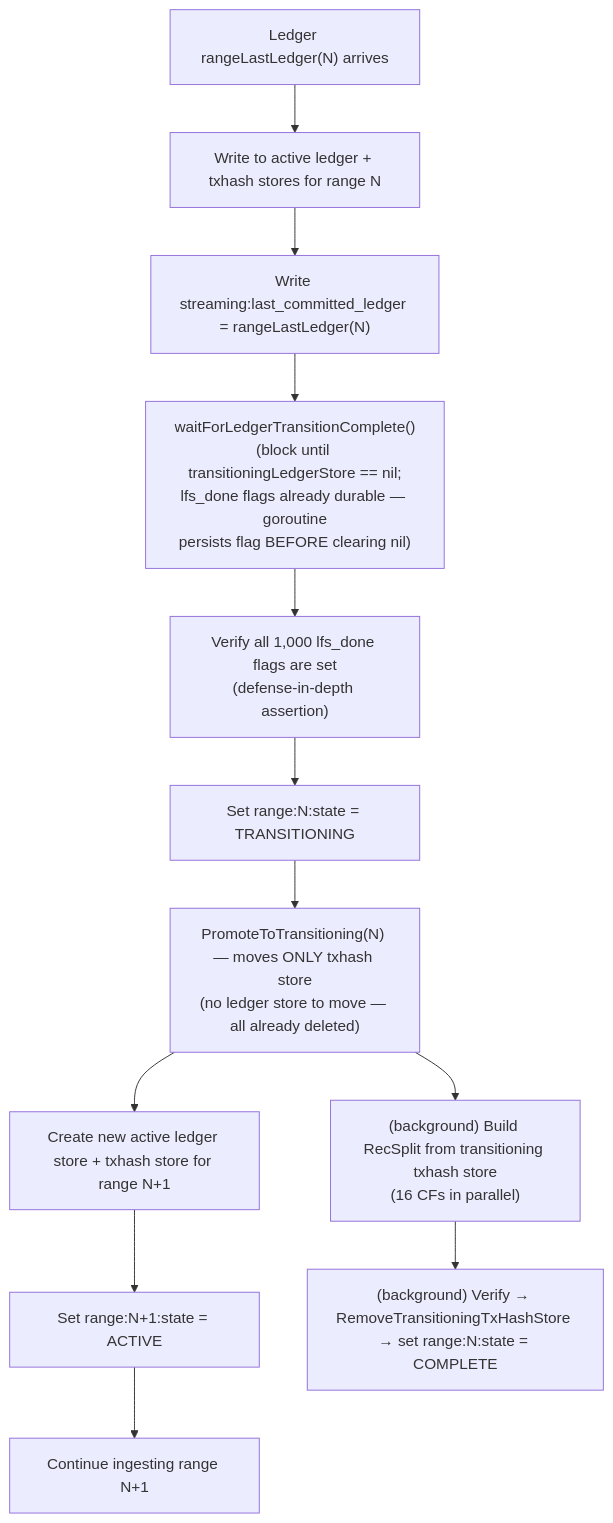
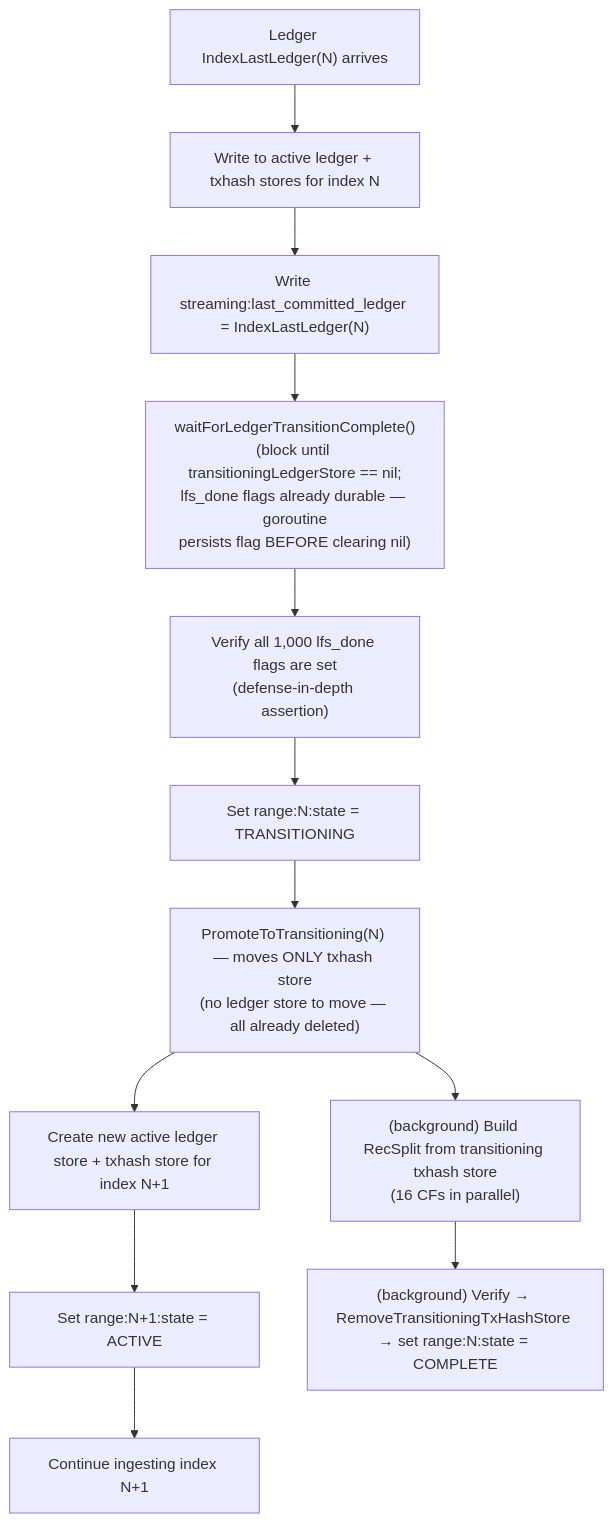
Before and after one commit to stellar/stellar-rpc: the first of 2 diagrams in full-history/design-docs/11-checkpointing-and-transitions.md, drawn with Mermaid. The commit also changed other lines of this file, not shown here.

Commit message:
docs: 11-checkpointing-and-transitions — range→index, chunks_per_index

````diff
--- a/full-history/design-docs/11-checkpointing-and-transitions.md
+++ b/full-history/design-docs/11-checkpointing-and-transitions.md
@@ -212,14 +217,14 @@
 ```mermaid
 flowchart TD
-    A["Ledger rangeLastLedger(N) arrives"] --> B["Write to active ledger + txhash stores for range N"]
-    B --> C["Write streaming:last_committed_ledger = rangeLastLedger(N)"]
+    A["Ledger IndexLastLedger(N) arrives"] --> B["Write to active ledger + txhash stores for index N"]
+    B --> C["Write streaming:last_committed_ledger = IndexLastLedger(N)"]
     C --> W["waitForLedgerTransitionComplete()\n(block until transitioningLedgerStore == nil;\nlfs_done flags already durable — goroutine\npersists flag BEFORE clearing nil)"]
     W --> V["Verify all 1,000 lfs_done flags are set\n(defense-in-depth assertion)"]
     V --> D["Set range:N:state = TRANSITIONING"]
     D --> P["PromoteToTransitioning(N) — moves ONLY txhash store\n(no ledger store to move — all already deleted)"]
-    P --> F["Create new active ledger store + txhash store for range N+1"]
+    P --> F["Create new active ledger store + txhash store for index N+1"]
     F --> G["Set range:N+1:state = ACTIVE"]
-    G --> H["Continue ingesting range N+1"]
+    G --> H["Continue ingesting index N+1"]
     P --> R["(background) Build RecSplit from transitioning txhash store\n(16 CFs in parallel)"]
     R --> K["(background) Verify → RemoveTransitioningTxHashStore → set range:N:state = COMPLETE"]
 ```
````
